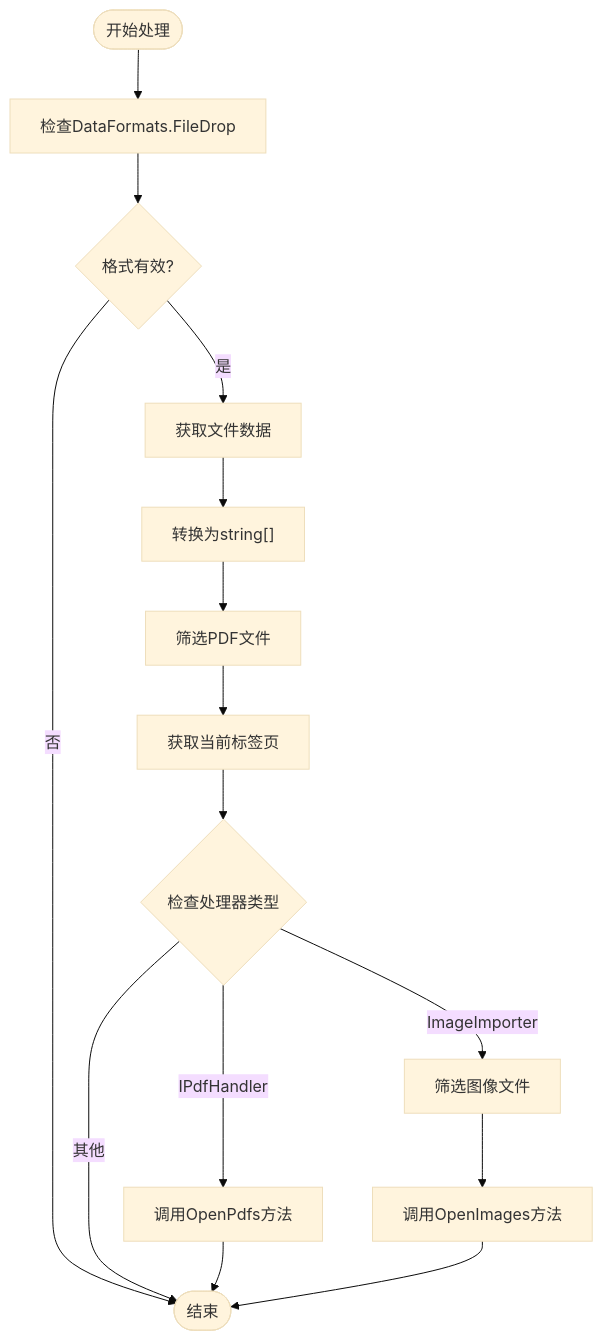
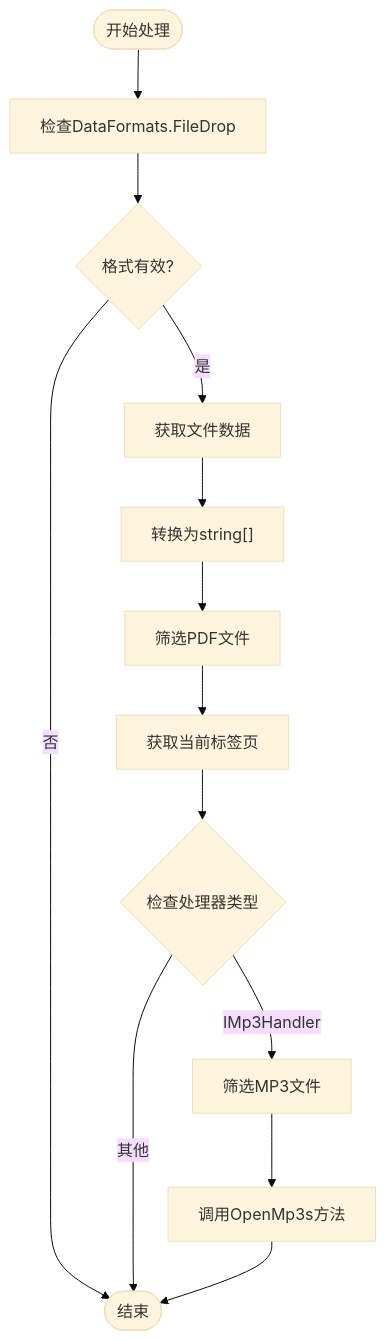
Before and after one commit to db300/PdfTool: the fourth of 9 diagrams in .qoder/repowiki/zh/content/技术架构设计/核心组件/界面层/拖拽操作.md, drawn with Mermaid (base theme). The commit also changed other lines of this file and 4 other files, not shown here.

````diff
--- a/.qoder/repowiki/zh/content/技术架构设计/核心组件/界面层/拖拽操作.md
+++ b/.qoder/repowiki/zh/content/技术架构设计/核心组件/界面层/拖拽操作.md
@@ -157,17 +178,15 @@
 ```mermaid
 flowchart TD
 Start([开始处理]) --> CheckFormat["检查DataFormats.FileDrop"]
 CheckFormat --> FormatValid{"格式有效?"}
 FormatValid --> |否| End([结束])
 FormatValid --> |是| GetData["获取文件数据"]
 GetData --> ConvertType["转换为string[]"]
 ConvertType --> FilterPDF["筛选PDF文件"]
 FilterPDF --> GetTab["获取当前标签页"]
 GetTab --> CheckHandler{"检查处理器类型"}
-CheckHandler --> |IPdfHandler| CallOpenPdfs["调用OpenPdfs方法"]
-CheckHandler --> |ImageImporter| FilterImage["筛选图像文件"]
+CheckHandler --> |IMp3Handler| FilterMP3["筛选MP3文件"]
 CheckHandler --> |其他| End
-FilterImage --> CallOpenImages["调用OpenImages方法"]
-CallOpenPdfs --> End
-CallOpenImages --> End
+FilterMP3 --> CallOpenMp3s["调用OpenMp3s方法"]
+CallOpenMp3s --> End
 ```
````
